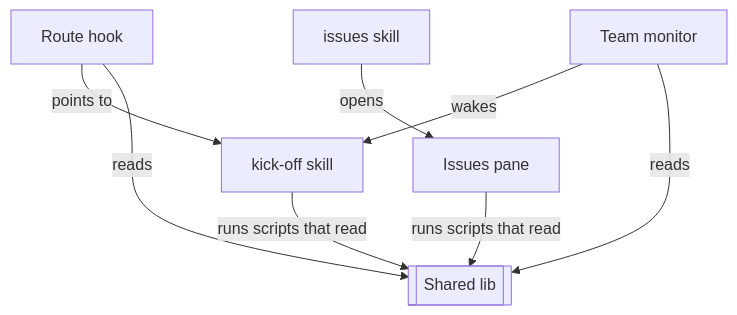
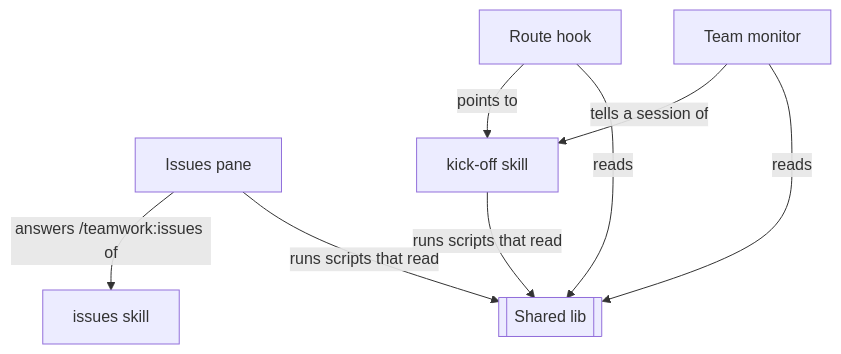
The first of 3 diagrams in README.md (kalaluthien/mumu-claude-plugin), drawn with Mermaid before and after one commit. The commit also changed other lines of this file and 1 other file, not shown here.

````diff
--- a/README.md
+++ b/README.md
@@ -31,16 +65,16 @@
 ```mermaid
 flowchart TB
   n_hook["Route hook"]
   n_monitor["Team monitor"]
   n_pane["Issues pane"]
   n_kick["kick-off skill"]
   n_issues["issues skill"]
   n_lib[["Shared lib"]]
   n_hook -->|"points to"| n_kick
-  n_monitor -->|"wakes"| n_kick
-  n_issues -->|"opens"| n_pane
+  n_monitor -->|"tells a session of"| n_kick
+  n_pane -->|"answers /teamwork:issues of"| n_issues
   n_hook -->|"reads"| n_lib
   n_monitor -->|"reads"| n_lib
   n_pane -->|"runs scripts that read"| n_lib
   n_kick -->|"runs scripts that read"| n_lib
 ```
````
